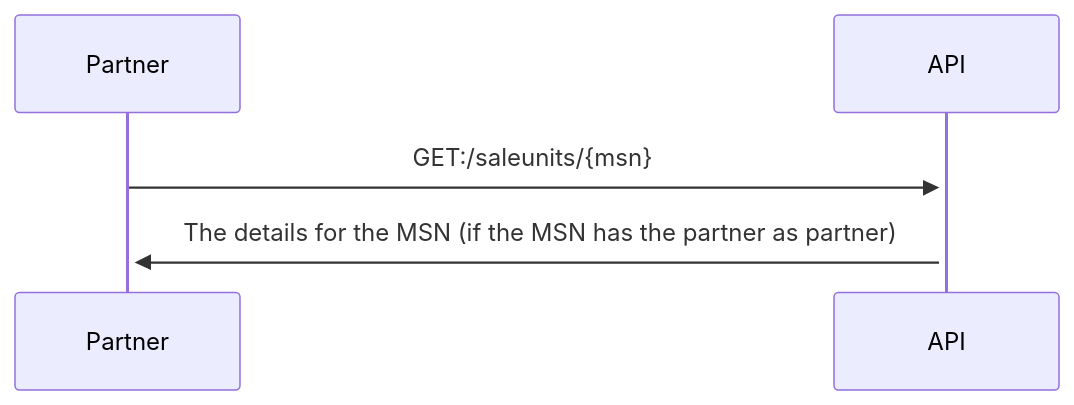
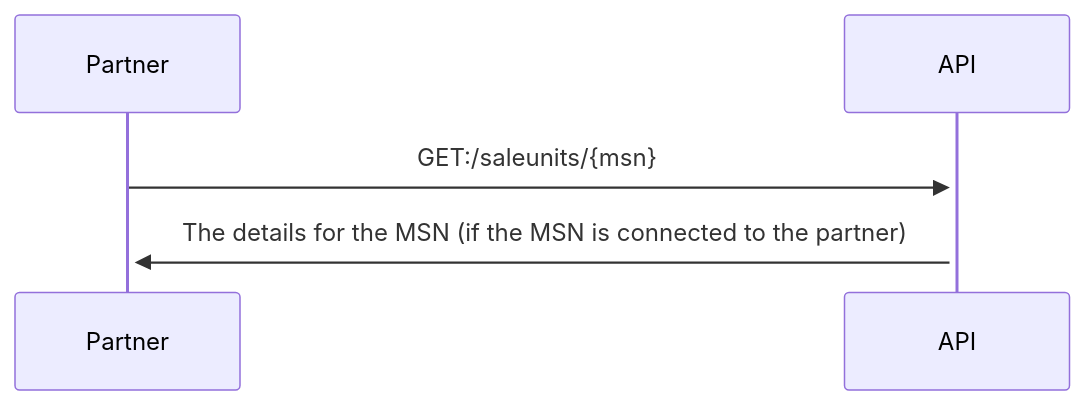
One commit to vippsas/vipps-partner-api changed the second of 3 diagrams in vipps-partner-api.md. Above: the diagram before and after it, drawn with Mermaid. The commit also changed other lines of this file and 1 other file, not shown here.

````diff
--- a/vipps-partner-api.md
+++ b/vipps-partner-api.md
@@ -141,5 +143,5 @@
 ```mermaid
 sequenceDiagram
     Partner->>+API: GET:/saleunits/{msn}
-    API->>+Partner: The details for the MSN (if the MSN has the partner as partner)
+    API->>+Partner: The details for the MSN (if the MSN is connected to the partner)
 ```
````
